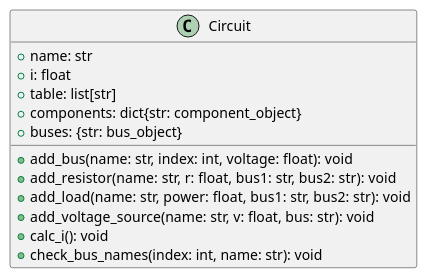
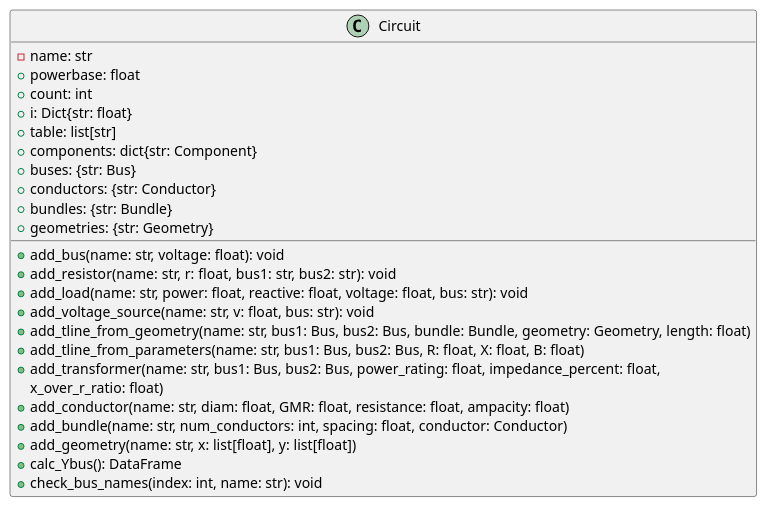
Before and after one commit to JLipnerPitt/ECE2774-ADV-POWER-SYSTEMS-ANALYSIS: the fourth of 10 diagrams in project2.plantuml, drawn with PlantUML. The commit also changed other lines of this file, not shown here.

Commit message:
Modified classes to distiguish init parameters from class variables.

```diff
--- a/project2.plantuml
+++ b/project2.plantuml
@@ -65,15 +67,28 @@
 @startuml Circuit
 class Circuit {
-    +name: str
-    +i: float
+    -name: str
+    +powerbase: float
+    +count: int
+    +i: Dict{str: float}
     +table: list[str]
-    +components: dict{str: component_object}
-    +buses: {str: bus_object}
-    +add_bus(name: str, index: int, voltage: float): void
+    +components: dict{str: Component}
+    +buses: {str: Bus}
+    +conductors: {str: Conductor}
+    +bundles: {str: Bundle}
+    +geometries: {str: Geometry}
+
+    +add_bus(name: str, voltage: float): void
     +add_resistor(name: str, r: float, bus1: str, bus2: str): void
-    +add_load(name: str, power: float, bus1: str, bus2: str): void
+    +add_load(name: str, power: float, reactive: float, voltage: float, bus: str): void
     +add_voltage_source(name: str, v: float, bus: str): void
-    +calc_i(): void
+    +add_tline_from_geometry(name: str, bus1: Bus, bus2: Bus, bundle: Bundle, geometry: Geometry, length: float)
+    +add_tline_from_parameters(name: str, bus1: Bus, bus2: Bus, R: float, X: float, B: float)
+    +add_transformer(name: str, bus1: Bus, bus2: Bus, power_rating: float, impedance_percent: float, 
+                    x_over_r_ratio: float)
+    +add_conductor(name: str, diam: float, GMR: float, resistance: float, ampacity: float)
+    +add_bundle(name: str, num_conductors: int, spacing: float, conductor: Conductor)
+    +add_geometry(name: str, x: list[float], y: list[float])
+    +calc_Ybus(): DataFrame
     +check_bus_names(index: int, name: str): void
 }
 @enduml
```
